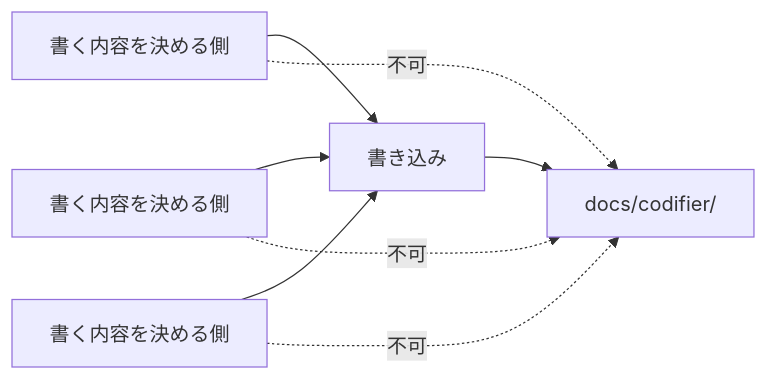
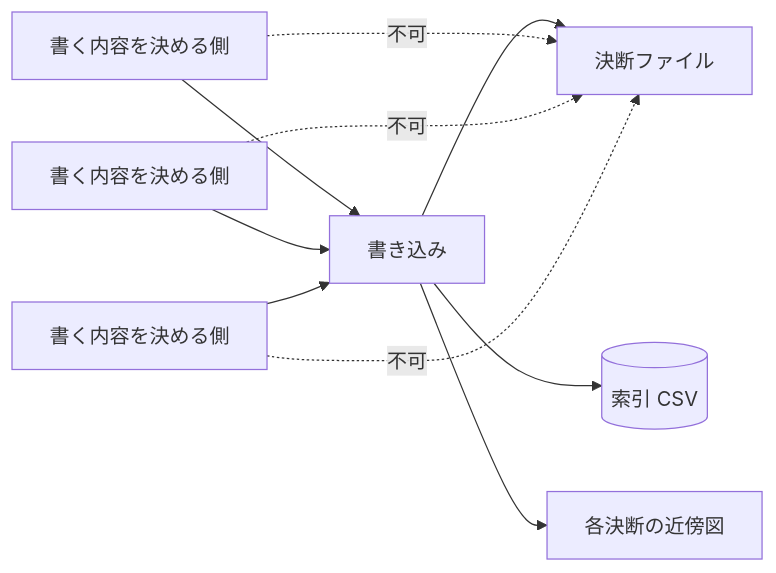
The diagram in docs/archivist/L3_structures/writing-path.md (gameundwatch/codifier), drawn with Mermaid before and after one commit. The commit also changed other lines of this file and 8 other files, not shown here.

First line of the commit message:
docs: 索引と近傍図をL3・L2_specsへ還元

````diff
--- a/docs/archivist/L3_structures/writing-path.md
+++ b/docs/archivist/L3_structures/writing-path.md
@@ -9,10 +9,12 @@
 ```mermaid
 flowchart LR
     A[書く内容を決める側] --> W[書き込み]
     B[書く内容を決める側] --> W
     C[書く内容を決める側] --> W
-    W --> O["docs/codifier/"]
+    W --> O["決断ファイル"]
+    W --> X[(索引 CSV)]
+    W --> Y[各決断の近傍図]
     A -.->|不可| O
     B -.->|不可| O
     C -.->|不可| O
 ```
````
